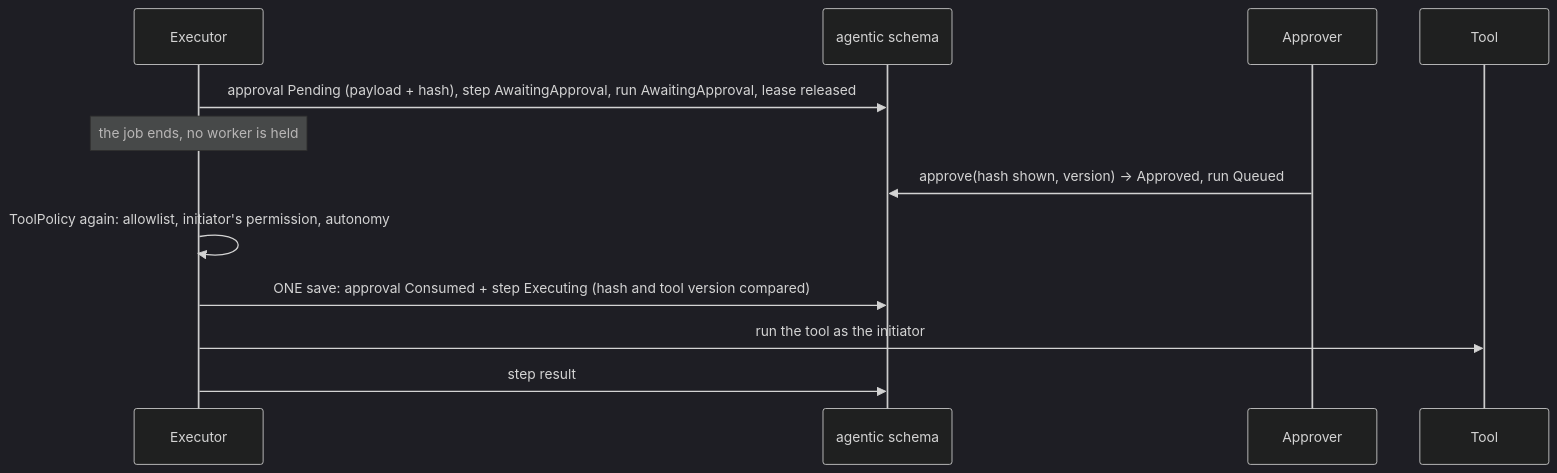
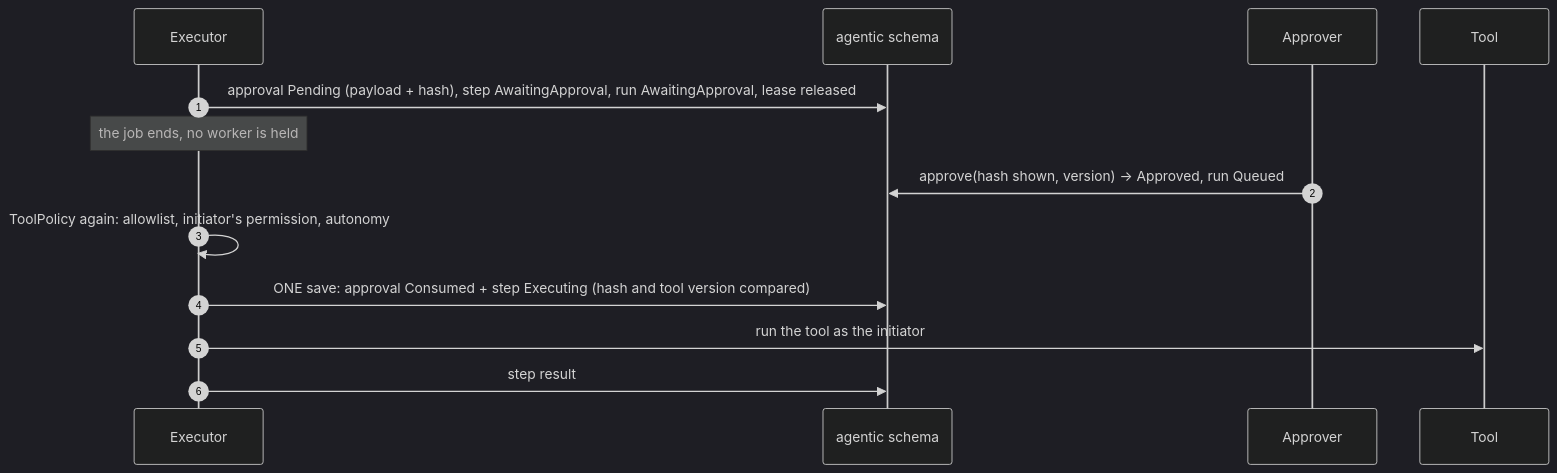
Before and after one commit to mhasabalah/StarterKit: the third of 3 diagrams in wiki/Modules/Agentic.md, drawn with Mermaid (dark theme). The commit also changed other lines of this file and 152 other files, not shown here.

Commit message:
feat(docs): add Fumadocs V2 and standardize diagrams

````diff
--- a/wiki/Modules/Agentic.md
+++ b/wiki/Modules/Agentic.md
@@ -116,14 +136,17 @@
 ```mermaid
 sequenceDiagram
+  accTitle: Human approval
+  accDescr: This view covers human approval; see the surrounding documentation for scope and operational details.
+  autonumber
   participant E as Executor
   participant DB as agentic schema
   participant P as Approver
   participant T as Tool
   E->>DB: approval Pending (payload + hash), step AwaitingApproval, run AwaitingApproval, lease released
   Note over E: the job ends, no worker is held
   P->>DB: approve(hash shown, version) -> Approved, run Queued
   E->>E: ToolPolicy again: allowlist, initiator's permission, autonomy
   E->>DB: ONE save: approval Consumed + step Executing (hash and tool version compared)
   E->>T: run the tool as the initiator
   E->>DB: step result
 ```
````
